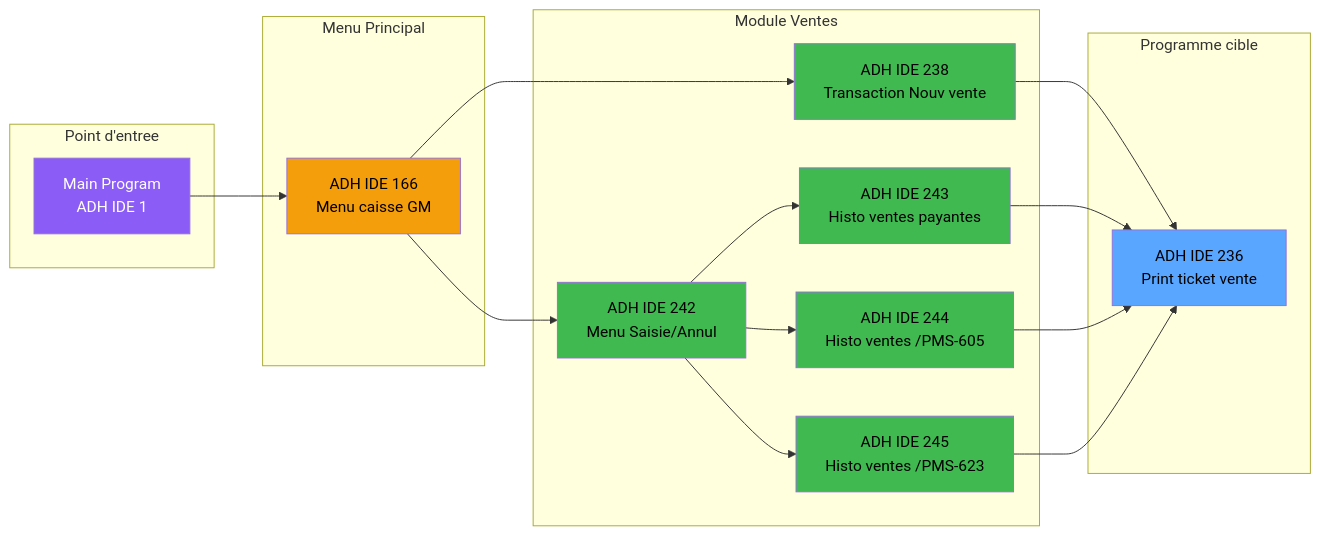
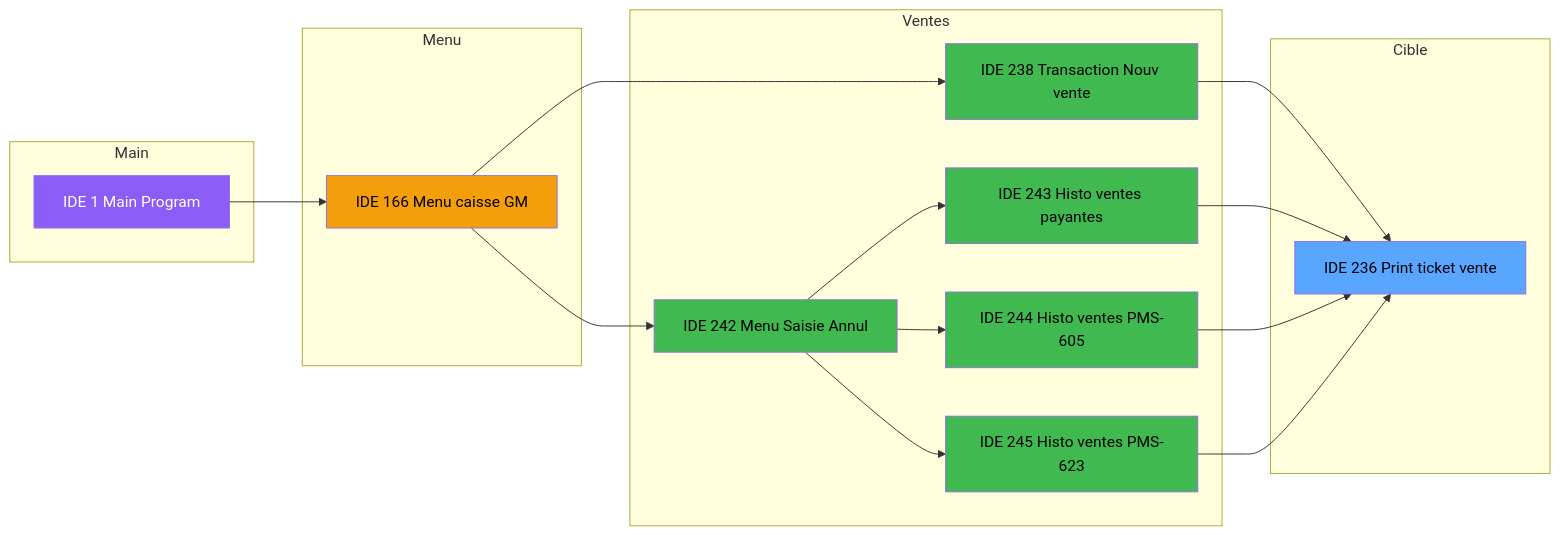
One commit to thonyAGP/lecteur-magic changed the second of 2 diagrams in .openspec/specs/ADH-IDE-236.md. Above: the diagram before and after it, drawn with Mermaid. The commit also changed other lines of this file and 1 other file, not shown here.

First line of the commit message:
fix(specs): simplify Mermaid syntax and add program names in diagrams

````diff
--- a/.openspec/specs/ADH-IDE-236.md
+++ b/.openspec/specs/ADH-IDE-236.md
@@ -203,42 +189,39 @@
 ```mermaid
 graph LR
-    subgraph Main["Point d'entree"]
-        M[Main Program<br/>ADH IDE 1]
+    subgraph Main
+        M[IDE 1 Main Program]
     end
-
-    subgraph Menu["Menu Principal"]
-        M166[ADH IDE 166<br/>Menu caisse GM]
+    subgraph Menu
+        M166[IDE 166 Menu caisse GM]
     end
-
-    subgraph Ventes["Module Ventes"]
-        M238[ADH IDE 238<br/>Transaction Nouv vente]
-        M242[ADH IDE 242<br/>Menu Saisie/Annul]
-        M243[ADH IDE 243<br/>Histo ventes payantes]
-        M244[ADH IDE 244<br/>Histo ventes /PMS-605]
-        M245[ADH IDE 245<br/>Histo ventes /PMS-623]
+    subgraph Ventes
+        M238[IDE 238 Transaction Nouv vente]
+        M242[IDE 242 Menu Saisie Annul]
+        M243[IDE 243 Histo ventes payantes]
+        M244[IDE 244 Histo ventes PMS-605]
+        M245[IDE 245 Histo ventes PMS-623]
     end
-
-    subgraph Target["Programme cible"]
-        T[ADH IDE 236<br/>Print ticket vente]
+    subgraph Cible
+        T[IDE 236 Print ticket vente]
     end
 
     M --> M166
     M166 --> M238
     M166 --> M242
     M242 --> M243
     M242 --> M244
     M242 --> M245
     M238 --> T
     M243 --> T
     M244 --> T
     M245 --> T
 
     style M fill:#8b5cf6,color:#fff
     style M166 fill:#f59e0b,color:#000
     style T fill:#58a6ff,color:#000
     style M238 fill:#3fb950,color:#000
     style M242 fill:#3fb950,color:#000
     style M243 fill:#3fb950,color:#000
     style M244 fill:#3fb950,color:#000
     style M245 fill:#3fb950,color:#000
 ```
````
